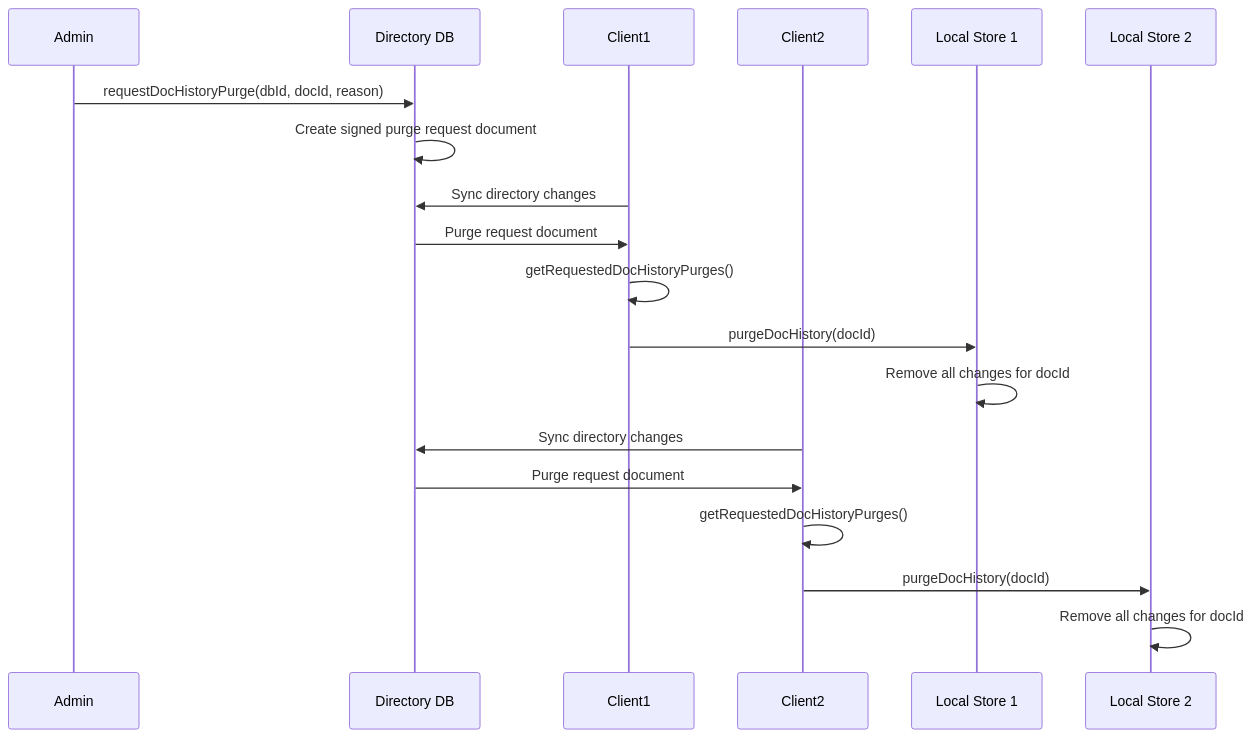
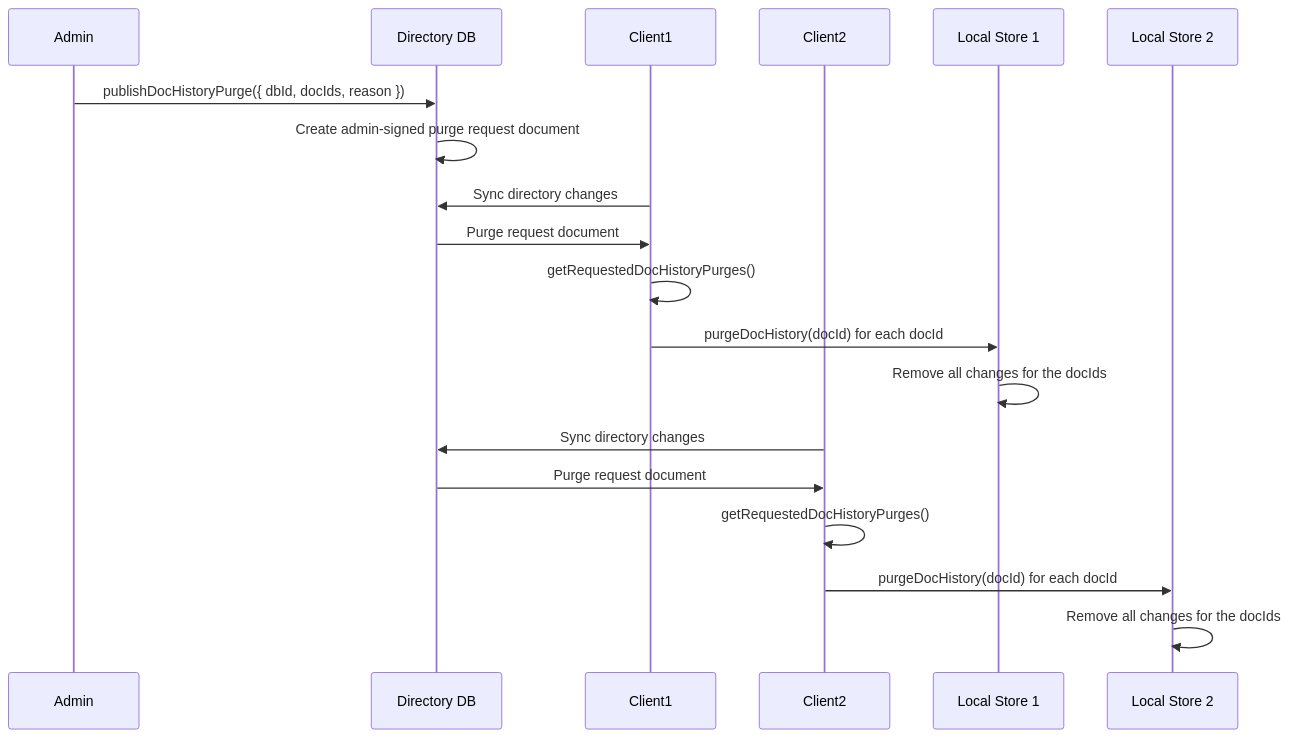
Before and after one commit to klehmann/MindooDB: the diagram in docs/usecases/compliance-patterns.md, drawn with Mermaid. The commit also changed other lines of this file and 23 other files, not shown here.

Commit message:
Sync setup and doc history purge policies

````diff
--- a/docs/usecases/compliance-patterns.md
+++ b/docs/usecases/compliance-patterns.md
@@ -104,24 +104,24 @@
 ```mermaid
 sequenceDiagram
     participant Admin
     participant Directory as Directory DB
     participant Client1
     participant Client2
     participant Store1 as Local Store 1
     participant Store2 as Local Store 2
 
-    Admin->>Directory: requestDocHistoryPurge(dbId, docId, reason)
-    Directory->>Directory: Create signed purge request document
+    Admin->>Directory: publishDocHistoryPurge({ dbId, docIds, reason })
+    Directory->>Directory: Create admin-signed purge request document
     
     Client1->>Directory: Sync directory changes
     Directory->>Client1: Purge request document
     Client1->>Client1: getRequestedDocHistoryPurges()
-    Client1->>Store1: purgeDocHistory(docId)
-    Store1->>Store1: Remove all changes for docId
+    Client1->>Store1: purgeDocHistory(docId) for each docId
+    Store1->>Store1: Remove all changes for the docIds
     
     Client2->>Directory: Sync directory changes
     Directory->>Client2: Purge request document
     Client2->>Client2: getRequestedDocHistoryPurges()
-    Client2->>Store2: purgeDocHistory(docId)
-    Store2->>Store2: Remove all changes for docId
+    Client2->>Store2: purgeDocHistory(docId) for each docId
+    Store2->>Store2: Remove all changes for the docIds
 ```
````
